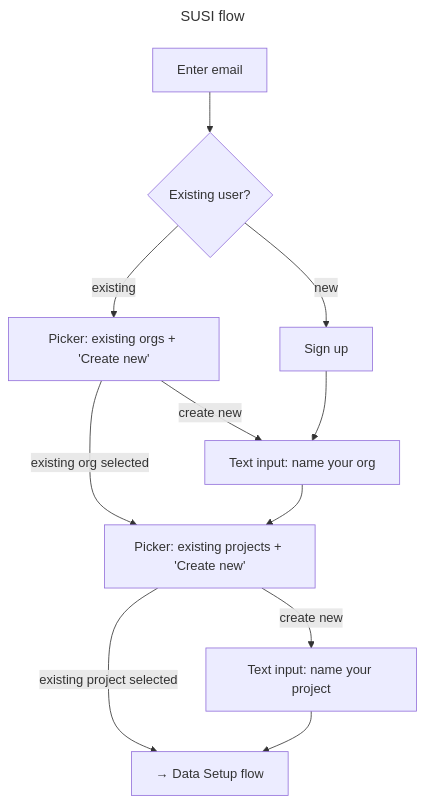
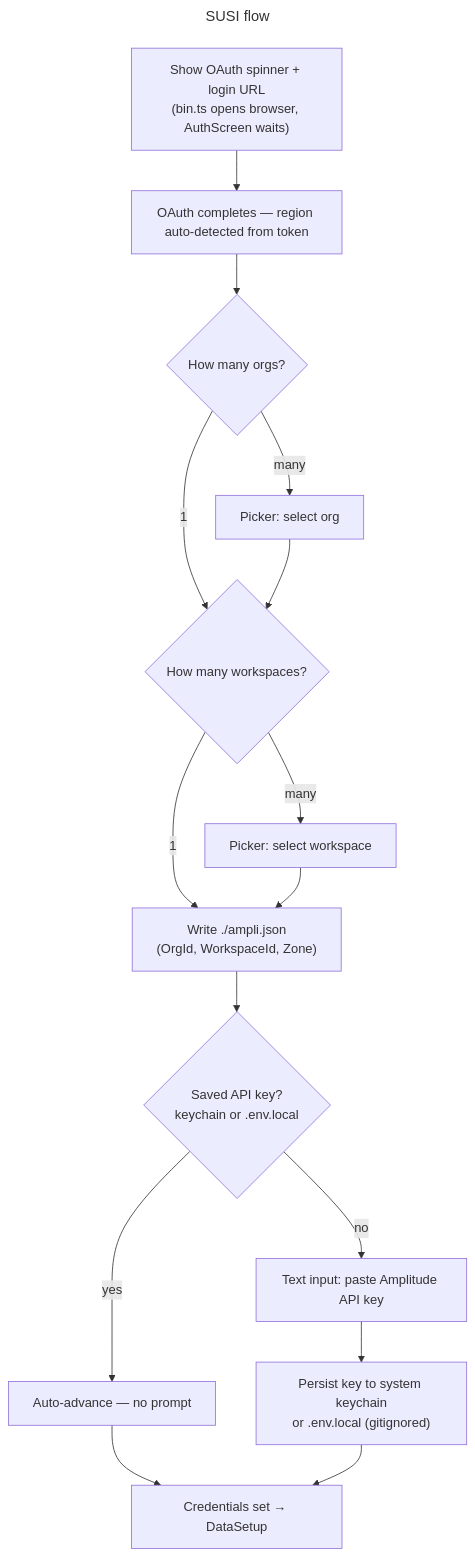
One commit to amplitude/wizard changed the diagram in docs/diagrams/susi-flow.mmd. Above: the diagram before and after it, drawn with Mermaid. The commit also changed 21 other files, not shown here.

```diff
--- a/docs/diagrams/susi-flow.mmd
+++ b/docs/diagrams/susi-flow.mmd
@@ -1,14 +1,24 @@
 ---
 title: SUSI flow
 ---
 flowchart TD
-    EMAIL["Enter email"] --> USER_TYPE{Existing user?}
-    USER_TYPE -->|existing| ORG_PICKER["Picker: existing orgs + 'Create new'"]
-    USER_TYPE -->|new| SIGNUP["Sign up"] --> ORG_NAME["Text input: name your org"]
+    OAUTH_WAIT["Show OAuth spinner + login URL<br/>(bin.ts opens browser, AuthScreen waits)"]
+    OAUTH_WAIT --> OAUTH_DONE["OAuth completes — region auto-detected from token"]
 
-    ORG_PICKER -->|existing org selected| PROJ_PICKER
-    ORG_PICKER -->|create new| ORG_NAME --> PROJ_PICKER
+    OAUTH_DONE --> ORG_COUNT{How many orgs?}
+    ORG_COUNT -->|1| WORKSPACE_COUNT
+    ORG_COUNT -->|many| ORG_PICKER["Picker: select org"] --> WORKSPACE_COUNT
 
-    PROJ_PICKER["Picker: existing projects + 'Create new'"]
-    PROJ_PICKER -->|existing project selected| DONE["→ Data Setup flow"]
-    PROJ_PICKER -->|create new| PROJ_NAME["Text input: name your project"] --> DONE
+    WORKSPACE_COUNT{How many workspaces?}
+    WORKSPACE_COUNT -->|1| WRITE_AMPLI
+    WORKSPACE_COUNT -->|many| WS_PICKER["Picker: select workspace"] --> WRITE_AMPLI
+
+    WRITE_AMPLI["Write ./ampli.json<br/>(OrgId, WorkspaceId, Zone)"]
+
+    WRITE_AMPLI --> KEY_CHECK{Saved API key?<br/>keychain or .env.local}
+    KEY_CHECK -->|yes| AUTO_KEY["Auto-advance — no prompt"]
+    KEY_CHECK -->|no| KEY_INPUT["Text input: paste Amplitude API key"]
+    KEY_INPUT --> PERSIST["Persist key to system keychain<br/>or .env.local (gitignored)"]
+
+    AUTO_KEY --> DONE["Credentials set → DataSetup"]
+    PERSIST --> DONE
```
